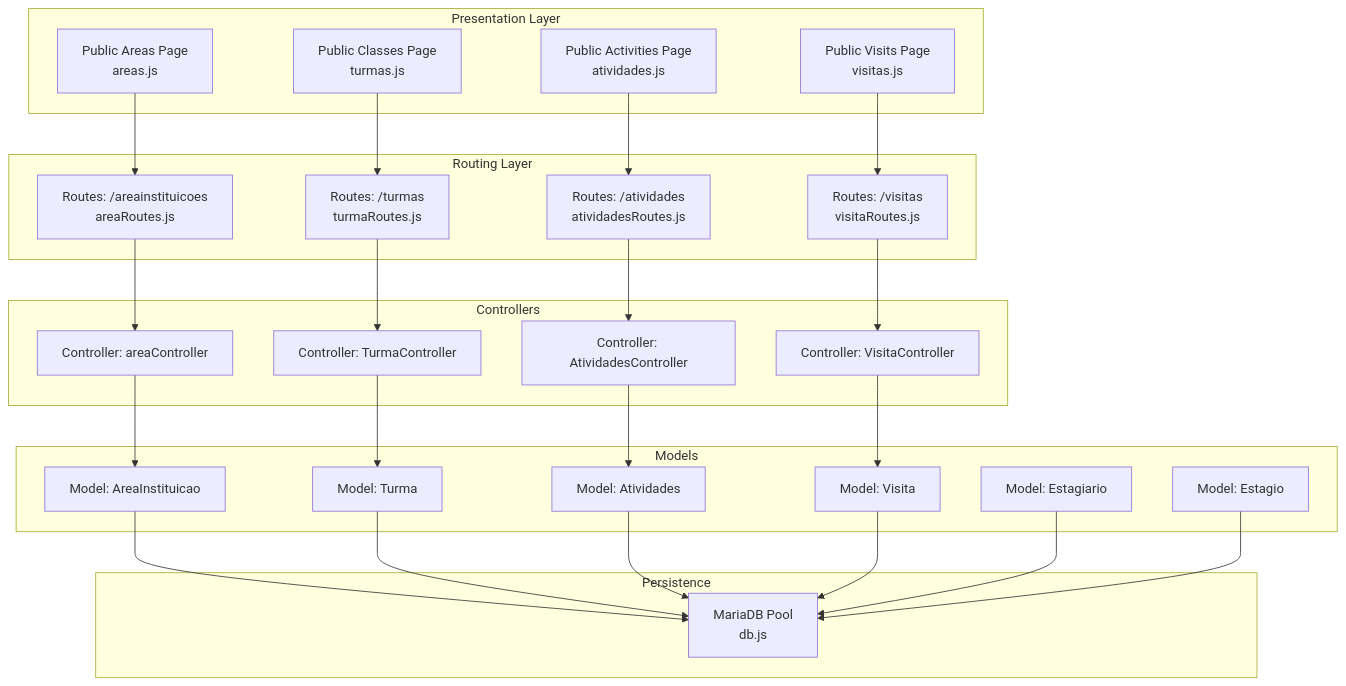
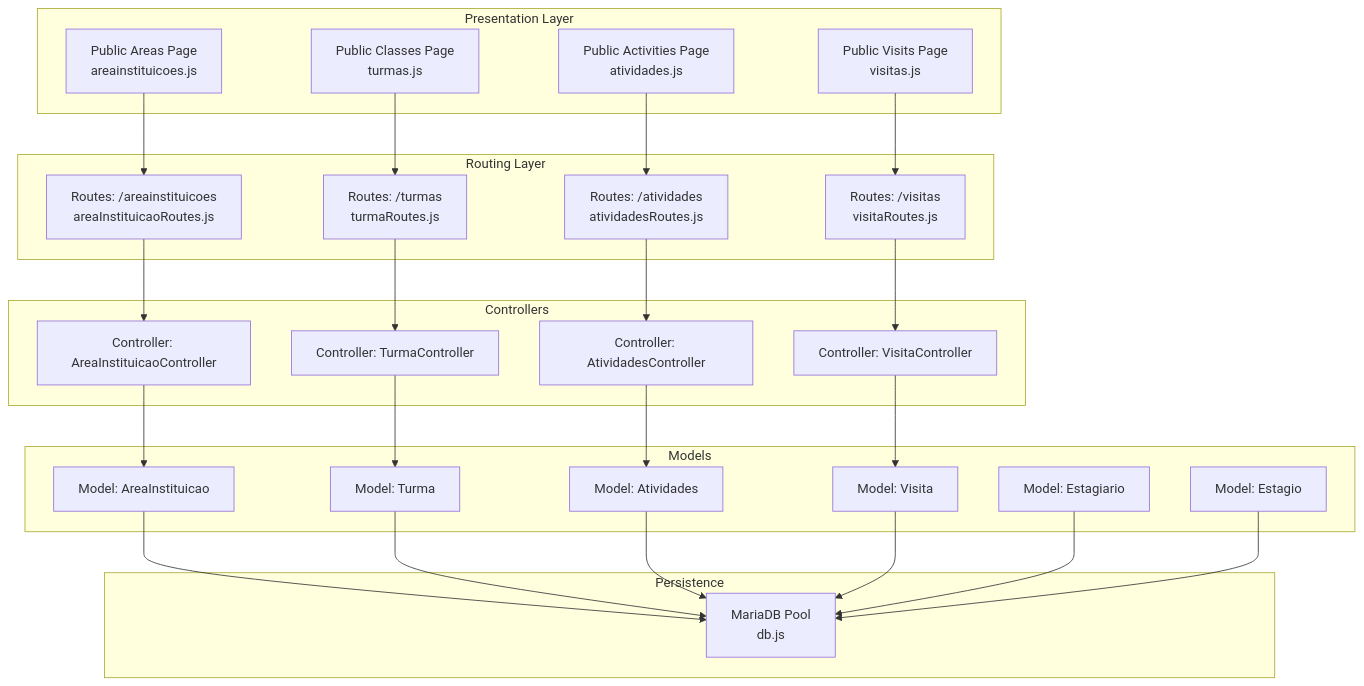
Before and after one commit to luiseduacosta/nodemural: the first of 8 diagrams in .qoder/repowiki/en/content/Data Models & Database Design/Institutional Management Models.md, drawn with Mermaid. The commit also changed other lines of this file and 27 other files, not shown here.

````diff
--- a/.qoder/repowiki/en/content/Data Models & Database Design/Institutional Management Models.md
+++ b/.qoder/repowiki/en/content/Data Models & Database Design/Institutional Management Models.md
@@ -49,38 +49,38 @@
 ```mermaid
 graph TB
 subgraph "Presentation Layer"
-UI_Areas["Public Areas Page<br/>areas.js"]
+UI_Areas["Public Areas Page<br/>areainstituicoes.js"]
 UI_Turmas["Public Classes Page<br/>turmas.js"]
 UI_Atividades["Public Activities Page<br/>atividades.js"]
 UI_Visitas["Public Visits Page<br/>visitas.js"]
 end
 subgraph "Routing Layer"
-R_Areas["Routes: /areainstituicoes<br/>areaRoutes.js"]
+R_Areas["Routes: /areainstituicoes<br/>areaInstituicaoRoutes.js"]
 R_Turmas["Routes: /turmas<br/>turmaRoutes.js"]
 R_Ativ["Routes: /atividades<br/>atividadesRoutes.js"]
 R_Vis["Routes: /visitas<br/>visitaRoutes.js"]
 end
 subgraph "Controllers"
-C_Areas["Controller: areaController"]
+C_Areas["Controller: AreaInstituicaoController"]
 C_Turmas["Controller: TurmaController"]
 C_Ativ["Controller: AtividadesController"]
 C_Vis["Controller: VisitaController"]
 end
 subgraph "Models"
 M_Areas["Model: AreaInstituicao"]
 M_Turmas["Model: Turma"]
 M_Ativ["Model: Atividades"]
 M_Vis["Model: Visita"]
 M_Estagio["Model: Estagio"]
 M_Estag["Model: Estagiario"]
 end
 subgraph "Persistence"
 DB["MariaDB Pool<br/>db.js"]
 end
 UI_Areas --> R_Areas --> C_Areas --> M_Areas --> DB
 UI_Turmas --> R_Turmas --> C_Turmas --> M_Turmas --> DB
 UI_Atividades --> R_Ativ --> C_Ativ --> M_Ativ --> DB
 UI_Visitas --> R_Vis --> C_Vis --> M_Vis --> DB
 M_Estag --> DB
 M_Estagio --> DB
 ```
````
